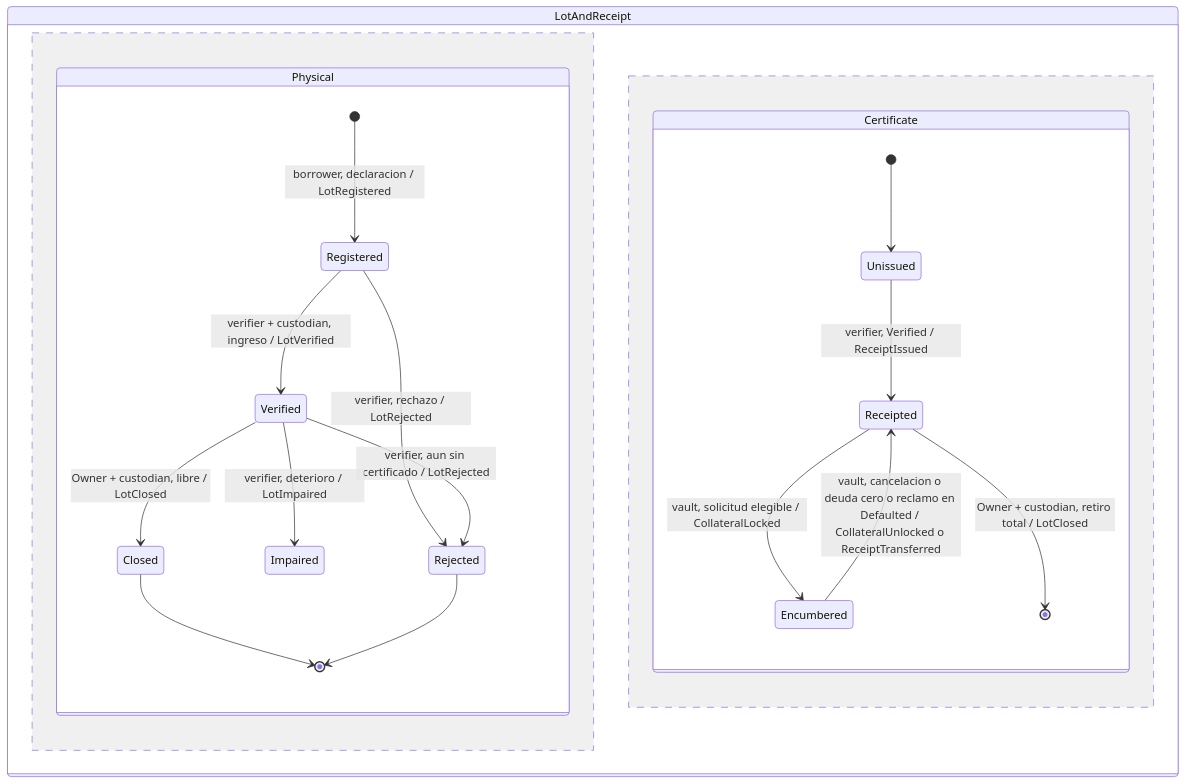
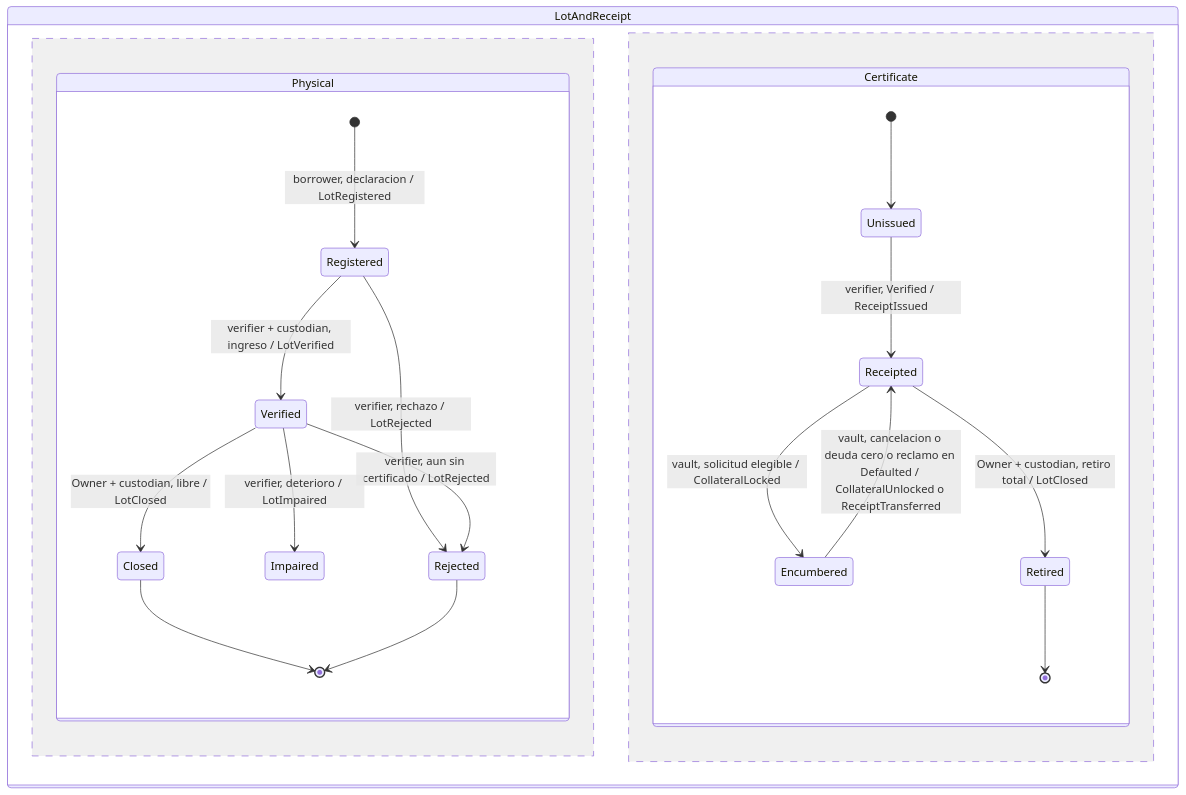
The eighth of 9 diagrams in docs/architecture.md (ReyesKevinJ/YerbaCapital), drawn with Mermaid before and after one commit. The commit also changed other lines of this file and 50 other files, not shown here.

````diff
--- a/docs/architecture.md
+++ b/docs/architecture.md
@@ -393,23 +413,24 @@
 ```mermaid
 stateDiagram-v2
     state LotAndReceipt {
         state Physical {
             [*] --> Registered : borrower, declaracion / LotRegistered
             Registered --> Verified : verifier + custodian, ingreso / LotVerified
             Registered --> Rejected : verifier, rechazo / LotRejected
             Verified --> Rejected : verifier, aun sin certificado / LotRejected
             Verified --> Impaired : verifier, deterioro / LotImpaired
             Verified --> Closed : Owner + custodian, libre / LotClosed
             Closed --> [*]
             Rejected --> [*]
         }
         --
         state Certificate {
             [*] --> Unissued
             Unissued --> Receipted : verifier, Verified / ReceiptIssued
             Receipted --> Encumbered : vault, solicitud elegible / CollateralLocked
             Encumbered --> Receipted : vault, cancelacion o deuda cero o reclamo en Defaulted / CollateralUnlocked o ReceiptTransferred
-            Receipted --> [*] : Owner + custodian, retiro total / LotClosed
+            Receipted --> Retired : Owner + custodian, retiro total / LotClosed
+            Retired --> [*]
         }
     }
 ```
````
